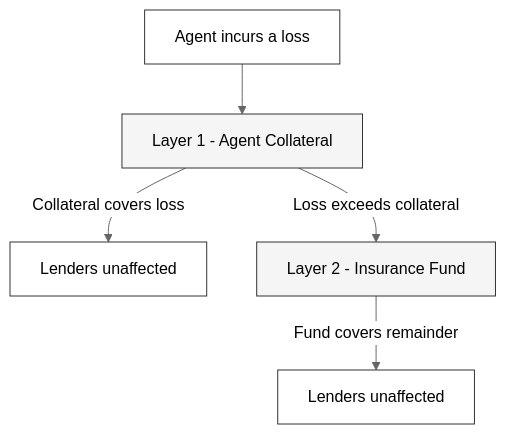
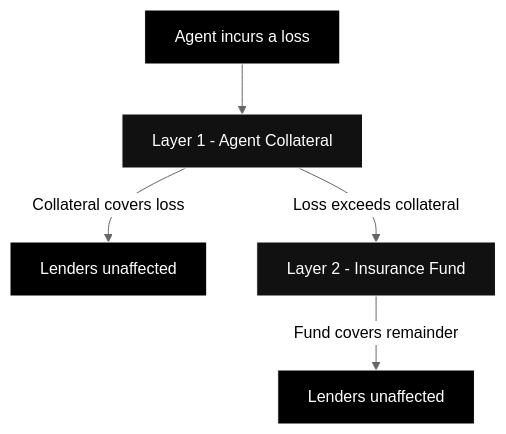
Before and after one commit to TRECC-eth/docs: the first of 2 diagrams in lenders/protections.mdx, drawn with Mermaid (neutral theme). The commit also changed 12 other files, not shown here.

Commit message:
changed diagram colours

````diff
--- a/lenders/protections.mdx
+++ b/lenders/protections.mdx
@@ -13,13 +13,13 @@
 ```mermaid
 graph TD
     LOSS[Agent incurs a loss] --> C[Layer 1 - Agent Collateral]
     C -->|Collateral covers loss| SAFE1[Lenders unaffected]
     C -->|Loss exceeds collateral| IF[Layer 2 - Insurance Fund]
     IF -->|Fund covers remainder| SAFE2[Lenders unaffected]
 
-    style LOSS fill:#ffffff,stroke:#333333
-    style C fill:#f5f5f5,stroke:#333333
-    style SAFE1 fill:#ffffff,stroke:#333333
-    style IF fill:#f5f5f5,stroke:#333333
-    style SAFE2 fill:#ffffff,stroke:#333333
+    style LOSS fill:#000000,stroke:#ffffff,color:#ffffff
+    style C fill:#111111,stroke:#ffffff,color:#ffffff
+    style SAFE1 fill:#000000,stroke:#ffffff,color:#ffffff
+    style IF fill:#111111,stroke:#ffffff,color:#ffffff
+    style SAFE2 fill:#000000,stroke:#ffffff,color:#ffffff
 ```
````
